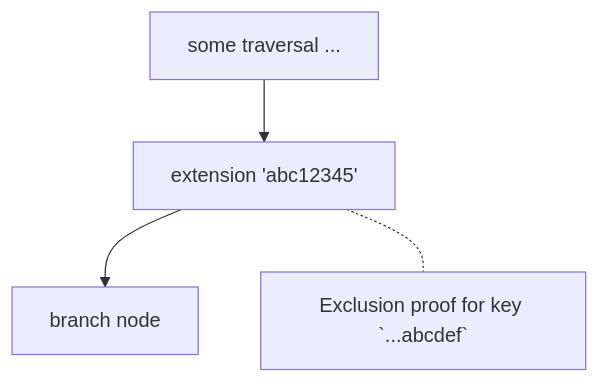
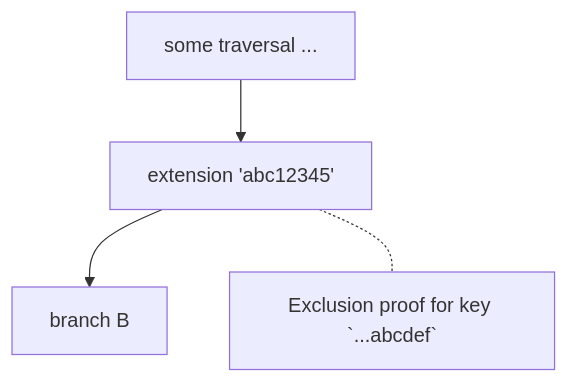
One commit to perama-v/archors changed the fifth of 16 diagrams in crates/multiproof/README.md. Above: the diagram before and after it, drawn with Mermaid. The commit also changed other lines of this file, not shown here.

Commit message:
doc(multiproof): Describe extension-fetching

````diff
--- a/crates/multiproof/README.md
+++ b/crates/multiproof/README.md
@@ -170,5 +170,5 @@
 ```mermaid
 flowchart TD
-    A[some traversal ...] --> B[extension 'abc12345'] --> C[branch node]
+    A[some traversal ...] --> B[extension 'abc12345'] --> C[branch B]
     B -.- E[Exclusion proof for key `...abcdef`]
 ```
````
